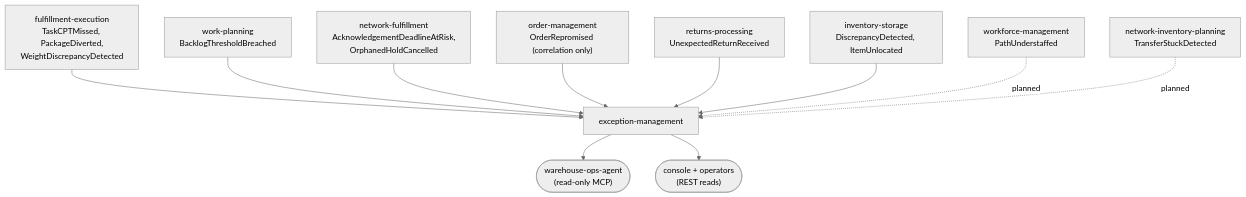
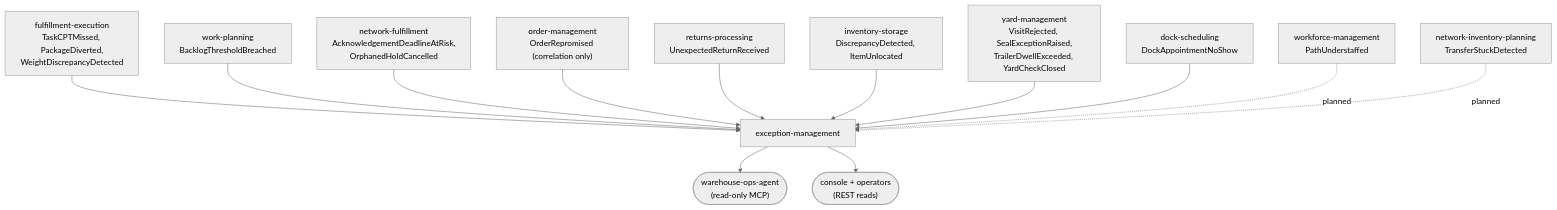
The diagram in docs/contexts/exception-management/context-map.md (IQVO/warehouse-docs), drawn with Mermaid (neutral theme) before and after one commit. The commit also changed other lines of this file and 42 other files, not shown here.

First line of the commit message:
docs: re-sync context pages after the yard wave; K28 now reads dock-scheduling

````diff
--- a/docs/contexts/exception-management/context-map.md
+++ b/docs/contexts/exception-management/context-map.md
@@ -15,26 +15,30 @@
 ```mermaid
 flowchart TB
     FE["fulfillment-execution<br/>TaskCPTMissed, PackageDiverted,<br/>WeightDiscrepancyDetected"]
     WP["work-planning<br/>BacklogThresholdBreached"]
     NF["network-fulfillment<br/>AcknowledgementDeadlineAtRisk,<br/>OrphanedHoldCancelled"]
     OM["order-management<br/>OrderRepromised (correlation only)"]
     RP["returns-processing<br/>UnexpectedReturnReceived"]
     IS["inventory-storage<br/>DiscrepancyDetected, ItemUnlocated"]
+    YM["yard-management<br/>VisitRejected, SealExceptionRaised,<br/>TrailerDwellExceeded, YardCheckClosed"]
+    DS["dock-scheduling<br/>DockAppointmentNoShow"]
     EM["exception-management"]
     AG(["warehouse-ops-agent<br/>(read-only MCP)"])
     CON(["console + operators<br/>(REST reads)"])
 
     FE --> EM
     WP --> EM
     NF --> EM
     OM --> EM
     RP --> EM
     IS --> EM
+    YM --> EM
+    DS --> EM
     EM --> AG
     EM --> CON
 
     WM["workforce-management<br/>PathUnderstaffed"]
     NIP["network-inventory-planning<br/>TransferStuckDetected"]
     WM -.->|planned| EM
     NIP -.->|planned| EM
 ```
````
